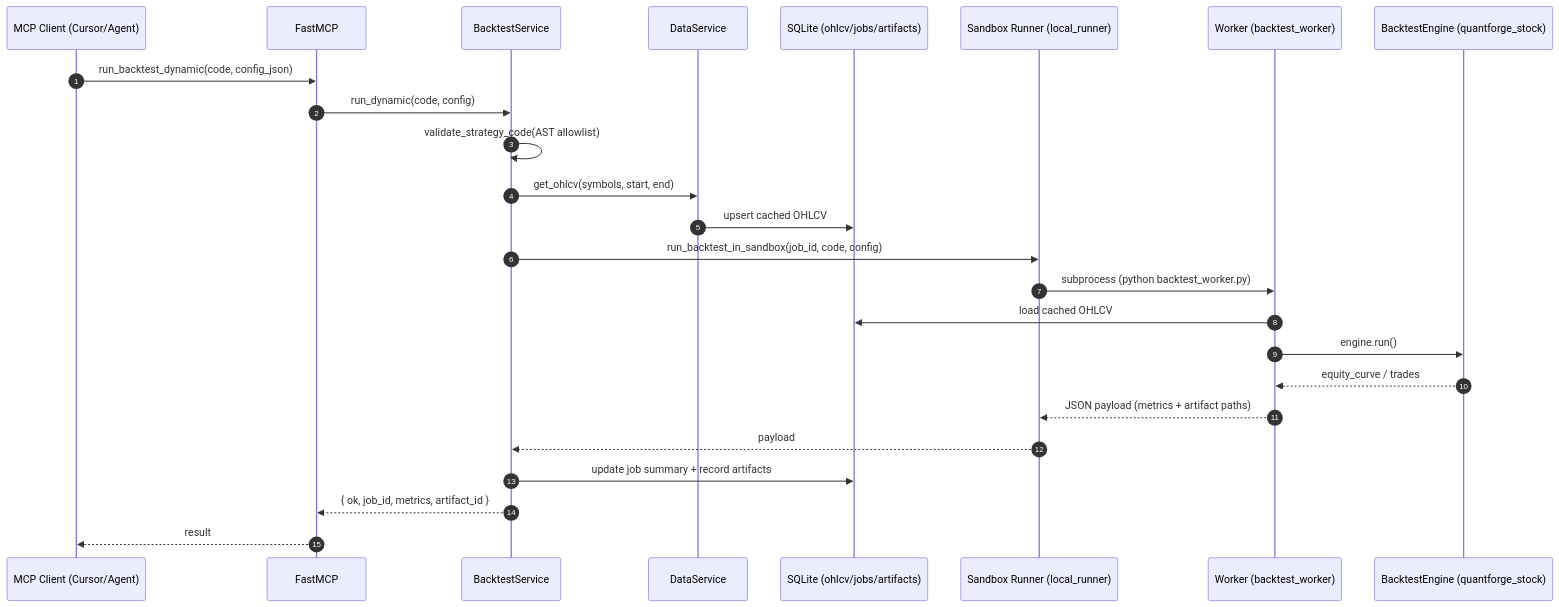
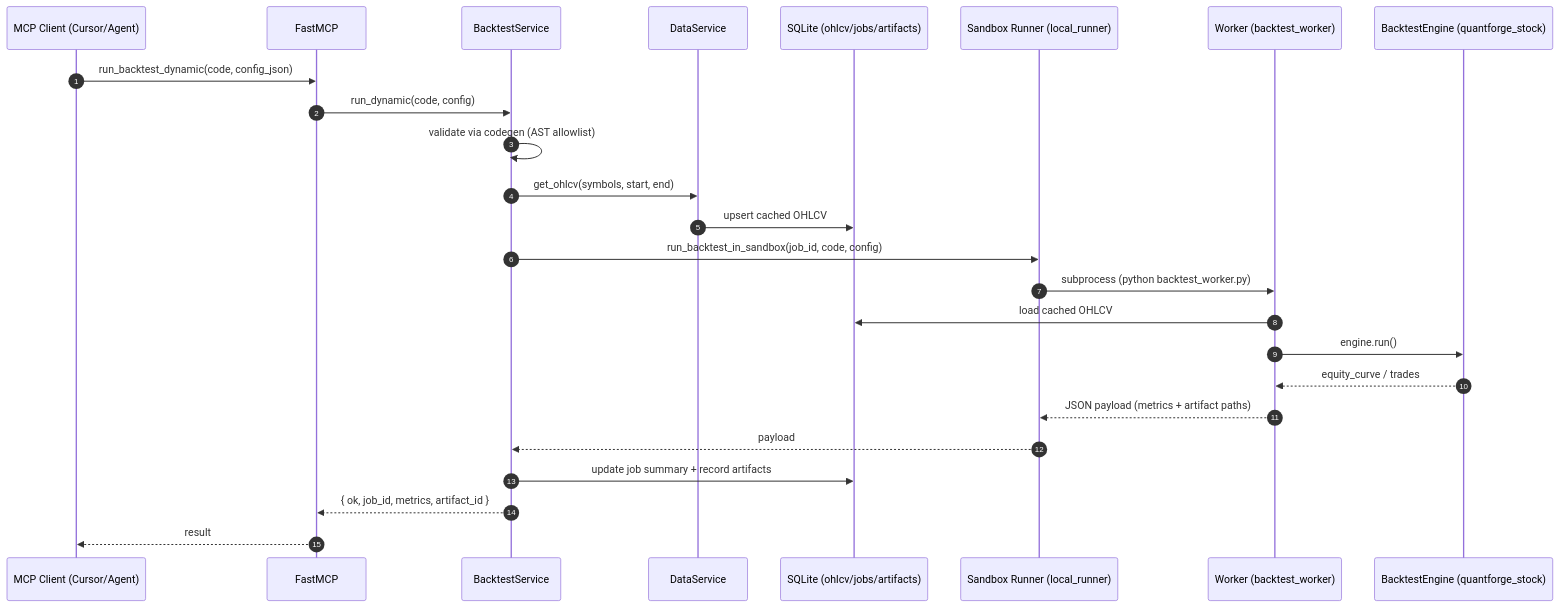
The diagram in docs/quantforge_mcp.md (Dor1Toes/BackTest_MCP), drawn with Mermaid before and after one commit. The commit also changed other lines of this file and 23 other files, not shown here.

````diff
--- a/docs/quantforge_mcp.md
+++ b/docs/quantforge_mcp.md
@@ -141,28 +160,28 @@
 ```mermaid
 sequenceDiagram
   autonumber
   participant Client as MCP Client (Cursor/Agent)
   participant MCP as FastMCP
   participant BT as BacktestService
   participant DS as DataService
   participant DB as SQLite (ohlcv/jobs/artifacts)
   participant Runner as Sandbox Runner (local_runner)
   participant Worker as Worker (backtest_worker)
   participant Engine as BacktestEngine (quantforge_stock)
 
   Client->>MCP: run_backtest_dynamic(code, config_json)
   MCP->>BT: run_dynamic(code, config)
-  BT->>BT: validate_strategy_code(AST allowlist)
+  BT->>BT: validate via codegen (AST allowlist)
   BT->>DS: get_ohlcv(symbols, start, end)
   DS->>DB: upsert cached OHLCV
   BT->>Runner: run_backtest_in_sandbox(job_id, code, config)
   Runner->>Worker: subprocess (python backtest_worker.py)
   Worker->>DB: load cached OHLCV
   Worker->>Engine: engine.run()
   Engine-->>Worker: equity_curve / trades
   Worker-->>Runner: JSON payload (metrics + artifact paths)
   Runner-->>BT: payload
   BT->>DB: update job summary + record artifacts
   BT-->>MCP: { ok, job_id, metrics, artifact_id }
   MCP-->>Client: result
 ```
````
